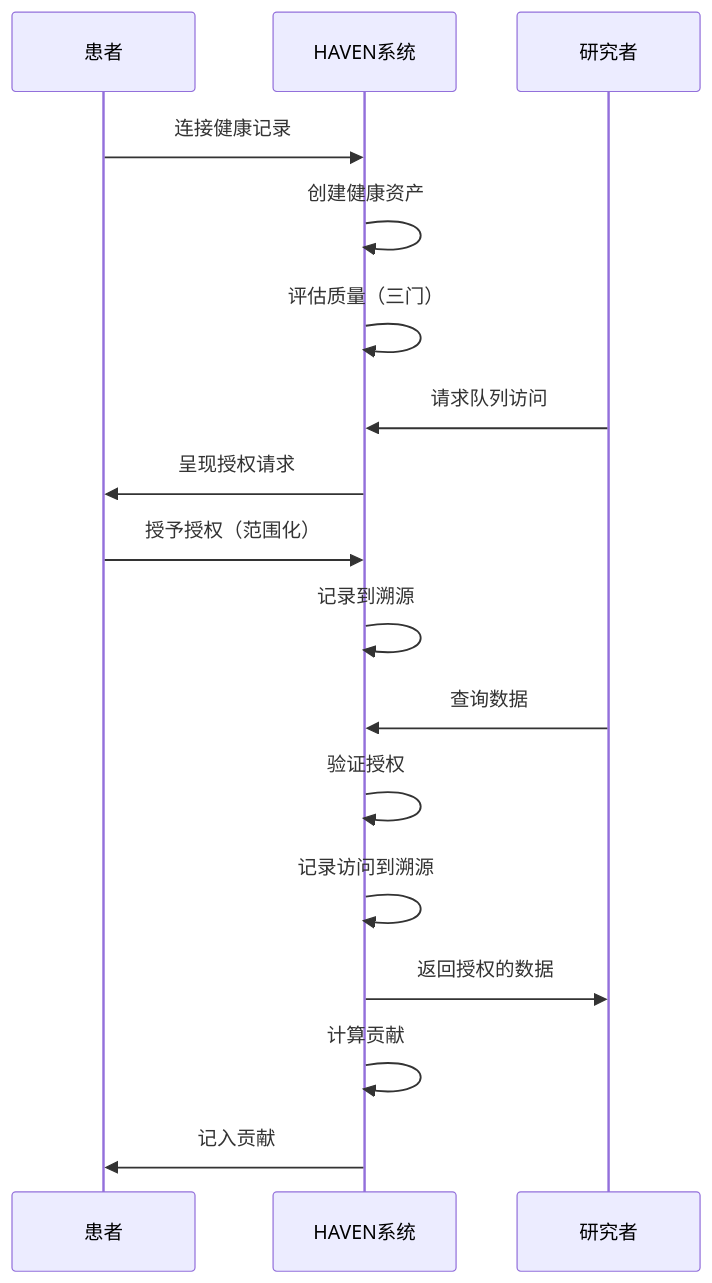
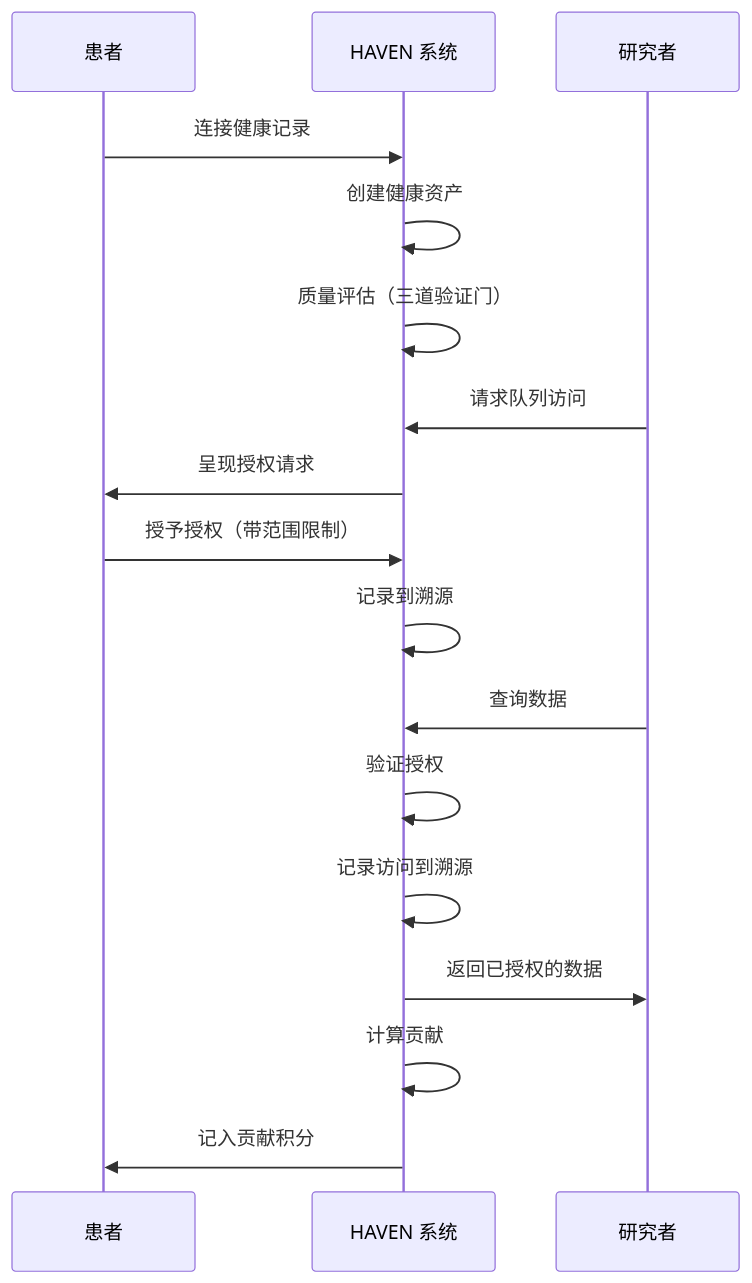
The eighth of 8 diagrams in docs/WHITEPAPER_ZH.md (Chesterguan/HAVEN), drawn with Mermaid before and after one commit. The commit also changed other lines of this file and 47 other files, not shown here.

````diff
--- a/docs/WHITEPAPER_ZH.md
+++ b/docs/WHITEPAPER_ZH.md
@@ -489,23 +569,23 @@
 ```mermaid
 sequenceDiagram
     participant P as 患者
-    participant H as HAVEN系统
+    participant H as HAVEN 系统
     participant R as 研究者
 
     P->>H: 连接健康记录
     H->>H: 创建健康资产
-    H->>H: 评估质量（三门）
+    H->>H: 质量评估（三道验证门）
 
     R->>H: 请求队列访问
     H->>P: 呈现授权请求
-    P->>H: 授予授权（范围化）
+    P->>H: 授予授权（带范围限制）
     H->>H: 记录到溯源
 
     R->>H: 查询数据
     H->>H: 验证授权
     H->>H: 记录访问到溯源
-    H->>R: 返回授权的数据
+    H->>R: 返回已授权的数据
 
     H->>H: 计算贡献
-    H->>P: 记入贡献
+    H->>P: 记入贡献积分
 ```
````
